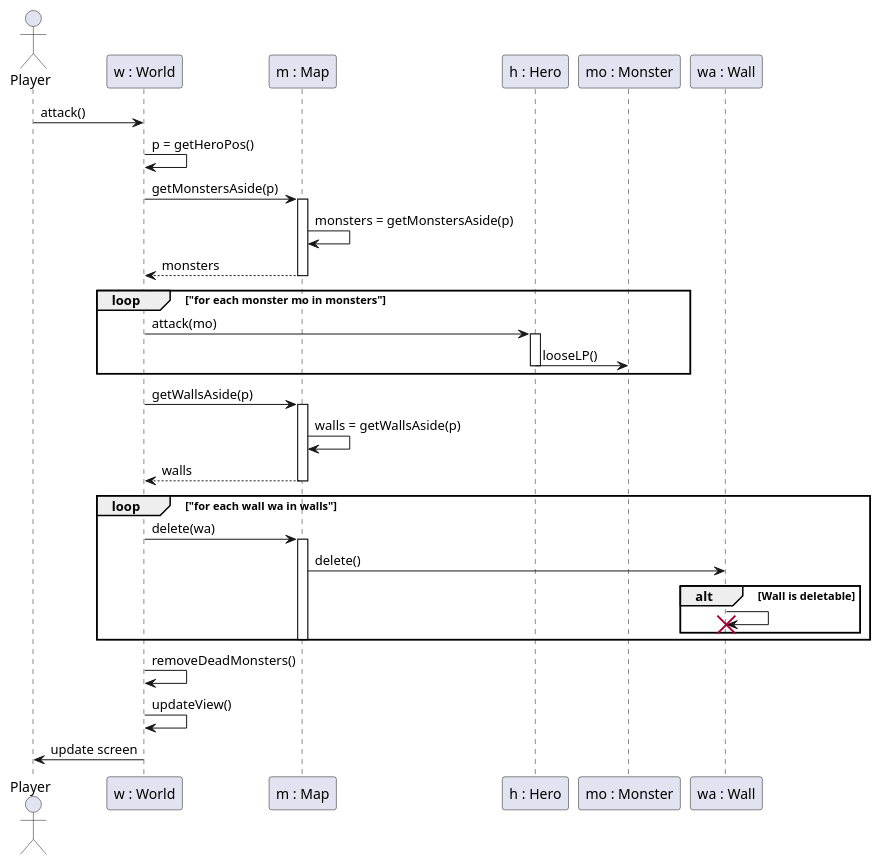
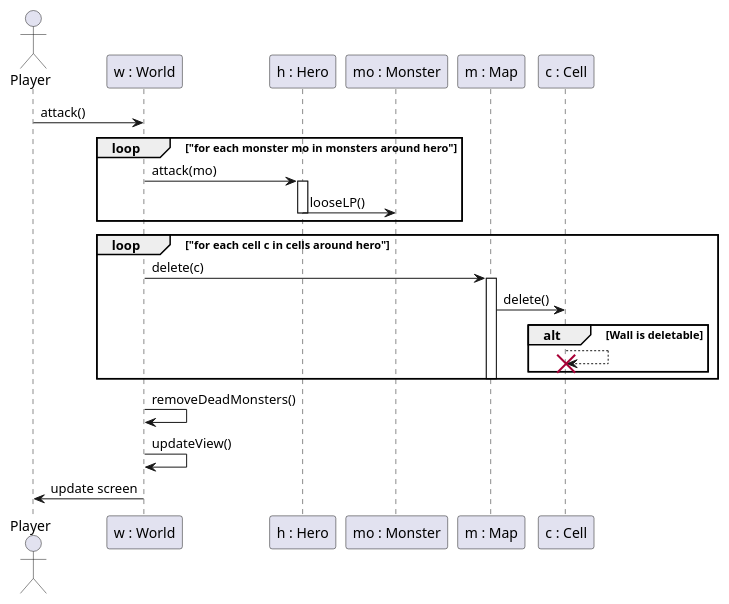
One commit to AnnYoS/ACL_2019_TLP changed the diagram in preparation/sprint4/attaque.puml. Above: the diagram before and after it, drawn with PlantUML.

Commit message:
correction conception no 1000

```diff
--- a/preparation/sprint4/attaque.puml
+++ b/preparation/sprint4/attaque.puml
@@ -1,42 +1,35 @@
 @startuml
 
 actor Player
 
 
 Player -> "w : World": attack()
-"w : World" -> "w : World" : p = getHeroPos()
-"w : World" -> "m : Map" : getMonstersAside(p)
-    activate "m : Map"
-    "m : Map" -> "m : Map" : monsters = getMonstersAside(p)
-        return monsters
 
-loop "for each monster mo in monsters"
+
+loop "for each monster mo in monsters around hero"
   "w : World" -> "h : Hero": attack(mo)
   activate "h : Hero"
     "h : Hero" -> "mo : Monster" : looseLP()
   deactivate
 end
 
 
-"w : World" -> "m : Map" : getWallsAside(p)
-    activate "m : Map"
-    "m : Map" -> "m : Map" : walls = getWallsAside(p)
-        return walls
 
-loop "for each wall wa in walls"
-  "w : World" -> "m : Map": delete(wa)
+
+loop "for each cell c in cells around hero"
+  "w : World" -> "m : Map": delete(c)
   activate "m : Map"
-    "m : Map" -> "wa : Wall" : delete()
+    "m : Map" -> "c : Cell" : delete()
     alt Wall is deletable
-        "wa : Wall" -> "wa : Wall" !!
+        "c : Cell" --> "c : Cell" !!
     end
   deactivate
 end
 
 
 "w : World" -> "w : World" : removeDeadMonsters()
 "w : World" -> "w : World" : updateView()
 "w : World" -> Player : update screen
 
 
 @enduml
```
